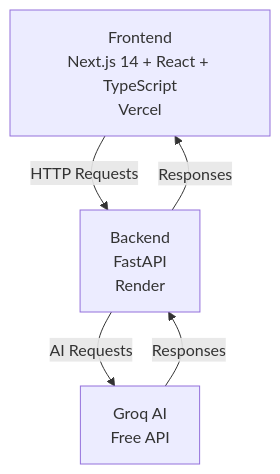
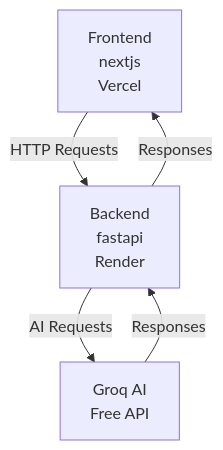
Before and after one commit to TejkumarG/voice-interview-bot: the diagram in README.md, drawn with Mermaid.

Commit message:
Update mermaid diagram with simplified tech stack names

````diff
--- a/README.md
+++ b/README.md
@@ -30,7 +30,7 @@
 ```mermaid
 flowchart TD
-    A[Frontend<br/>Next.js 14 + React + TypeScript<br/>Vercel] -->|HTTP Requests| B[Backend<br/>FastAPI<br/>Render]
+    A[Frontend<br/>nextjs<br/>Vercel] -->|HTTP Requests| B[Backend<br/>fastapi<br/>Render]
     B -->|AI Requests| C[Groq AI<br/>Free API]
     C -->|Responses| B
     B -->|Responses| A
 ```
````
